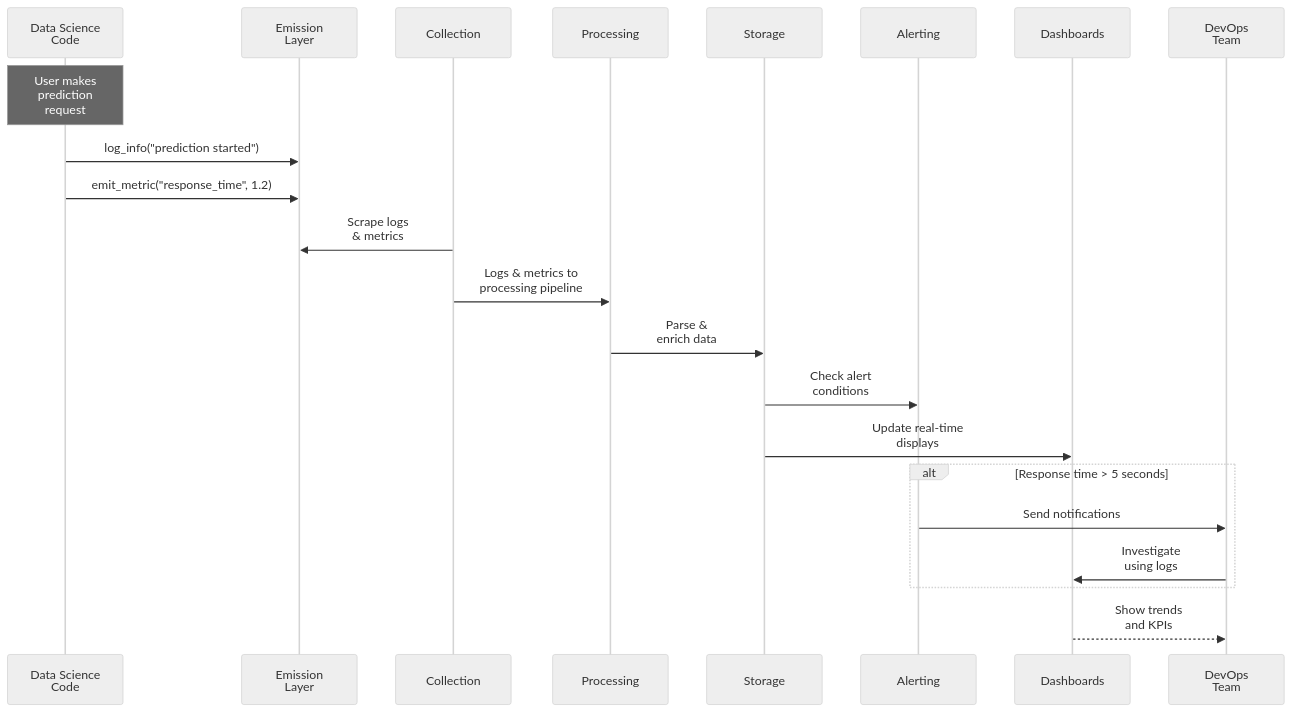
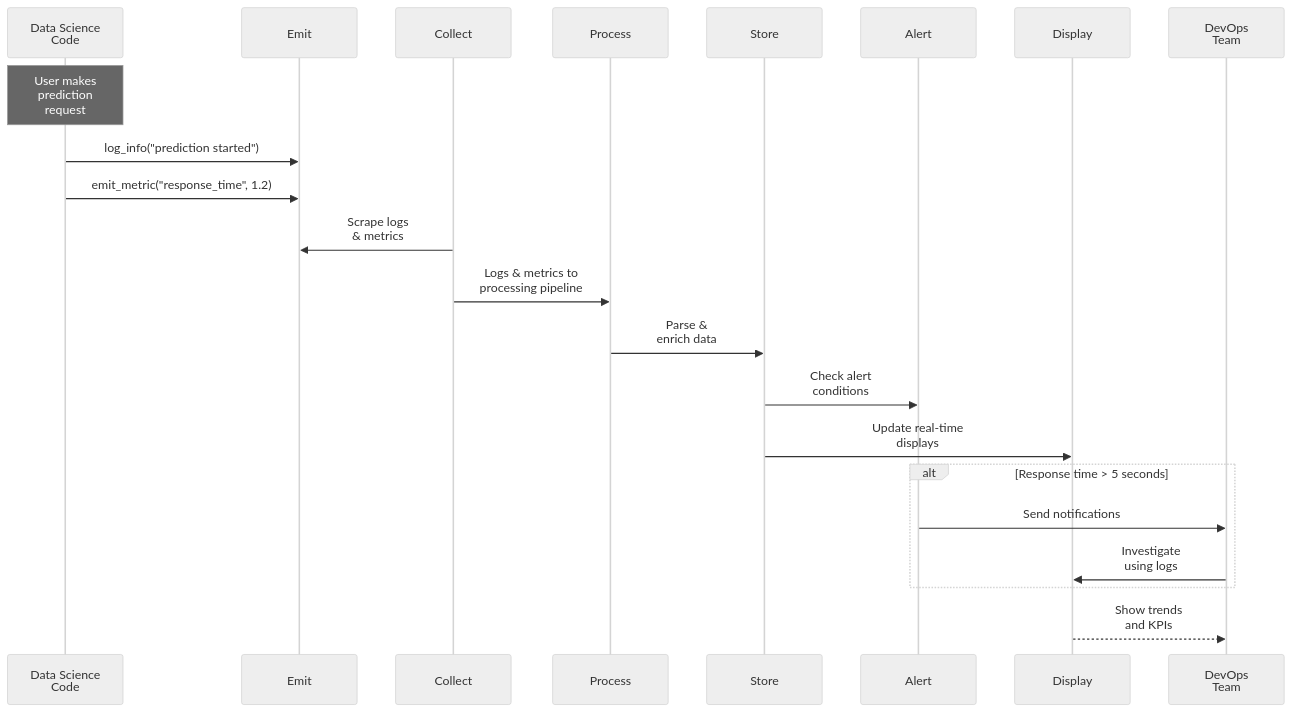
One commit to mjfrigaard/do4ds-labs changed the second of 2 diagrams in lab4.qmd. Above: the diagram before and after it, drawn with Mermaid. The commit also changed other lines of this file and 14 other files, not shown here.

````diff
--- a/lab4.qmd
+++ b/lab4.qmd
@@ -164,32 +162,32 @@
 ```{mermaid}
 %%{init: {'theme': 'neutral', 'look': 'handDrawn', 'themeVariables': { 'fontFamily': 'monospace', "fontSize":"18px"}}}%%
 
 sequenceDiagram
     participant DS as Data Science<br>Code
-    participant Emit as Emission<br>Layer
-    participant Collect as Collection
-    participant Process as Processing
-    participant Store as Storage
-    participant Alert as Alerting
-    participant Dashboard as Dashboards
+    participant Emit as Emit
+    participant Collect as Collect
+    participant Process as Process
+    participant Store as Store
+    participant Alert as Alert
+    participant Display as Display
     participant Team as DevOps<br>Team
     
     Note over DS: User makes<br>prediction<br>request
     
     DS->>Emit: log_info("prediction started")
     DS->>Emit: emit_metric("response_time", 1.2)
     
     Collect->>Emit: Scrape logs<br>& metrics
     Collect->>Process: Logs & metrics to<br>processing pipeline
     
     Process->>Store: Parse &<br>enrich data
     Store->>Alert: Check alert<br>conditions
-    Store->>Dashboard: Update real-time<br>displays
+    Store->>Display: Update real-time<br>displays
     
     alt Response time > 5 seconds
         Alert->>Team: Send notifications
-        Team->>Dashboard: Investigate<br>using logs
+        Team->>Display: Investigate<br>using logs
     end
     
-    Dashboard-->>Team: Show trends<br>and KPIs
+    Display-->>Team: Show trends<br>and KPIs
 ```
````
